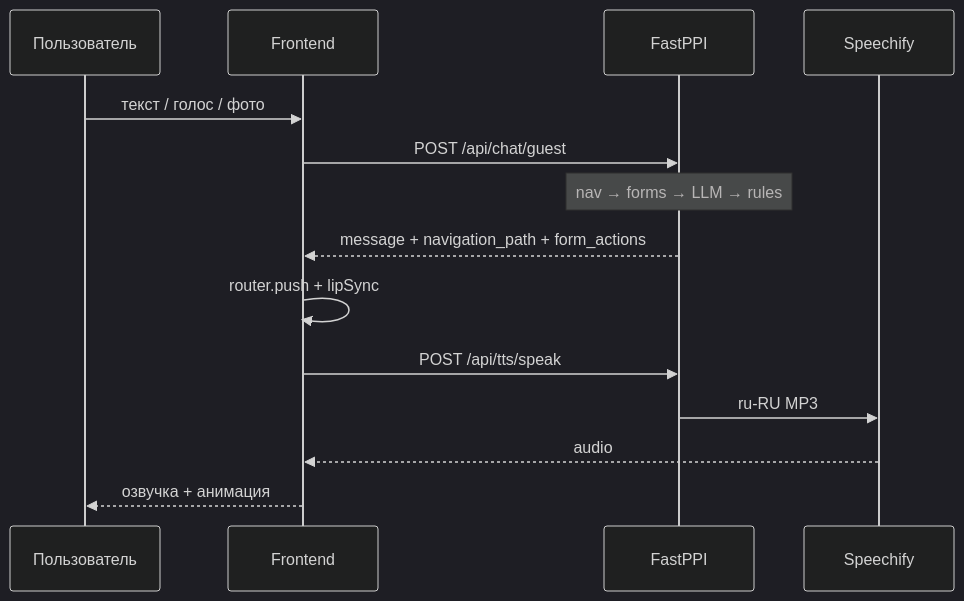
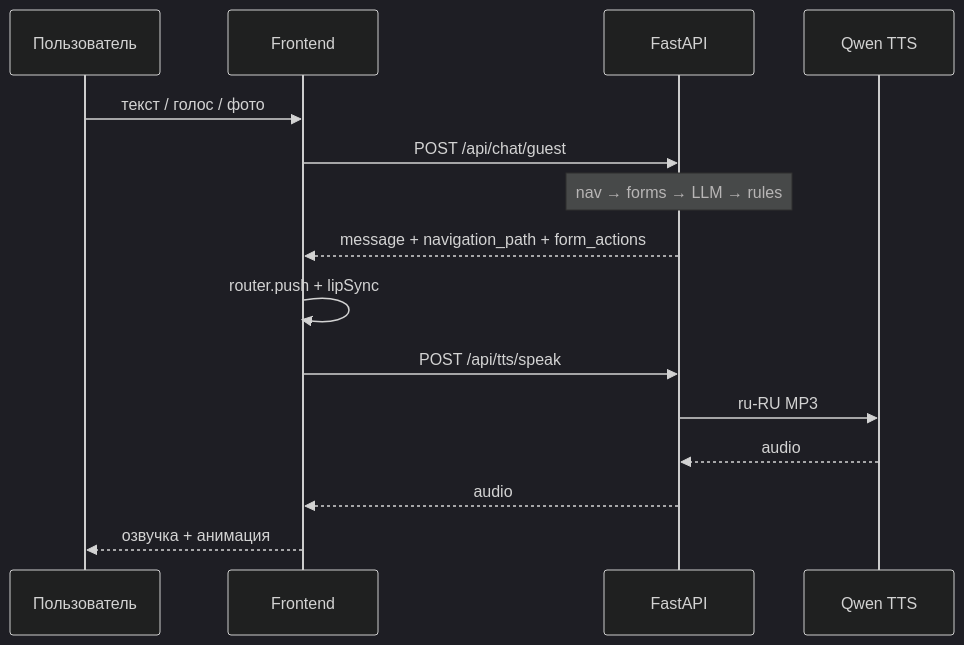
Before and after one commit to grrraaaa/mvp: the fifth of 5 diagrams in docs/ARCHITECTURE.md, drawn with Mermaid (dark theme). The commit also changed other lines of this file and 56 other files, not shown here.

````diff
--- a/docs/ARCHITECTURE.md
+++ b/docs/ARCHITECTURE.md
@@ -117,17 +117,18 @@
 ```mermaid
 sequenceDiagram
     participant U as Пользователь
     participant FE as Frontend
-    participant BE as FastPPI
-    participant SP as Speechify
+    participant BE as FastAPI
+    participant QW as Qwen TTS
 
     U->>FE: текст / голос / фото
     FE->>BE: POST /api/chat/guest
     Note over BE: nav → forms → LLM → rules
     BE-->>FE: message + navigation_path + form_actions
     FE->>FE: router.push + lipSync
     FE->>BE: POST /api/tts/speak
-    BE->>SP: ru-RU MP3
-    SP-->>FE: audio
+    BE->>QW: ru-RU MP3
+    QW-->>BE: audio
+    BE-->>FE: audio
     FE-->>U: озвучка + анимация
 ```
````
